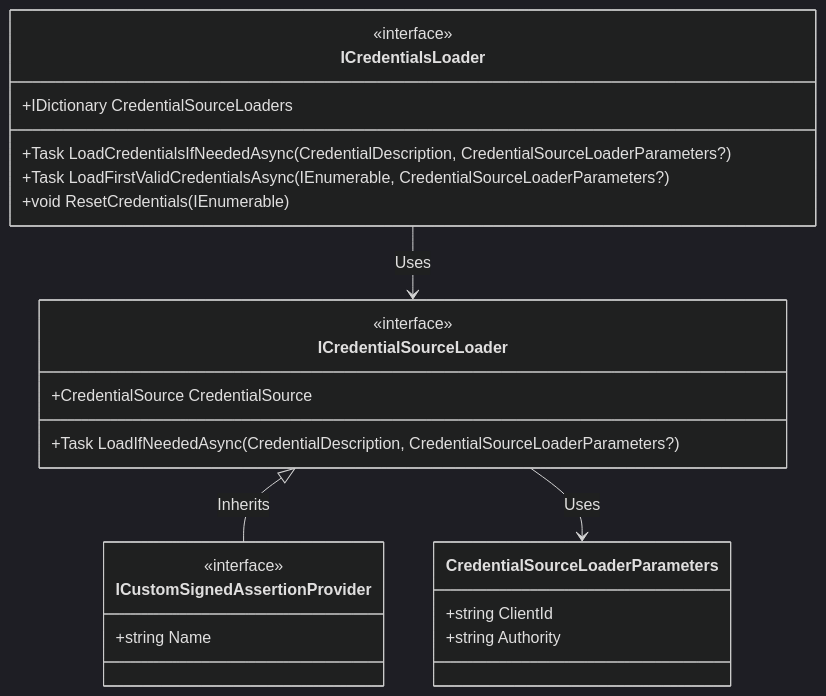
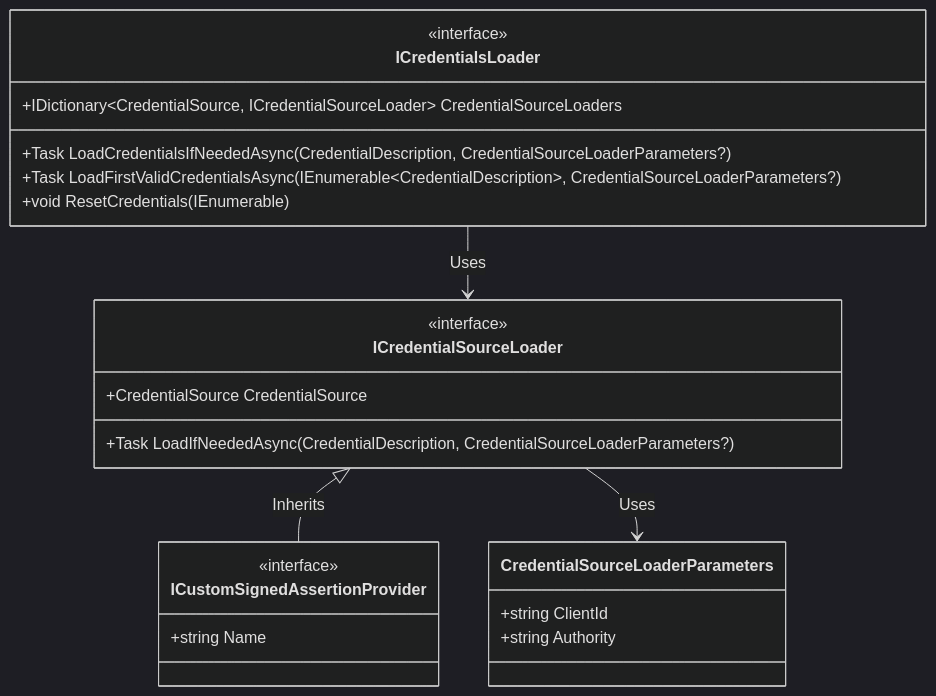
One commit to AzureAD/microsoft-identity-abstractions-for-dotnet changed the sixth of 6 diagrams in README.md. Above: the diagram before and after it, drawn with Mermaid (dark theme).

Commit message:
Fix HTML encoding in README.md

````diff
--- a/README.md
+++ b/README.md
@@ -530,23 +530,23 @@
 ```mermaid
 classDiagram
     class CredentialSourceLoaderParameters {
         +string ClientId
         +string Authority
     }
     class ICredentialSourceLoader { <<interface>>
         +Task LoadIfNeededAsync(CredentialDescription, CredentialSourceLoaderParameters?)
         +CredentialSource CredentialSource
     }
     class ICustomSignedAssertionProvider { <<interface>>
         +string Name
     }
     class ICredentialsLoader { <<interface>>
-        +IDictionary<CredentialSource, ICredentialSourceLoader> CredentialSourceLoaders
+        +IDictionary&lt;CredentialSource, ICredentialSourceLoader&gt; CredentialSourceLoaders
         +Task LoadCredentialsIfNeededAsync(CredentialDescription, CredentialSourceLoaderParameters?)
-        +Task<CredentialDescription?> LoadFirstValidCredentialsAsync(IEnumerable<CredentialDescription>, CredentialSourceLoaderParameters?)
+        +Task<CredentialDescription?> LoadFirstValidCredentialsAsync(IEnumerable&lt;CredentialDescription&gt;, CredentialSourceLoaderParameters?)
         +void ResetCredentials(IEnumerable<CredentialDescription>)
     }
     ICredentialSourceLoader <|-- ICustomSignedAssertionProvider : Inherits
     ICredentialsLoader --> ICredentialSourceLoader : Uses
     ICredentialSourceLoader --> CredentialSourceLoaderParameters : Uses
 ```
````
